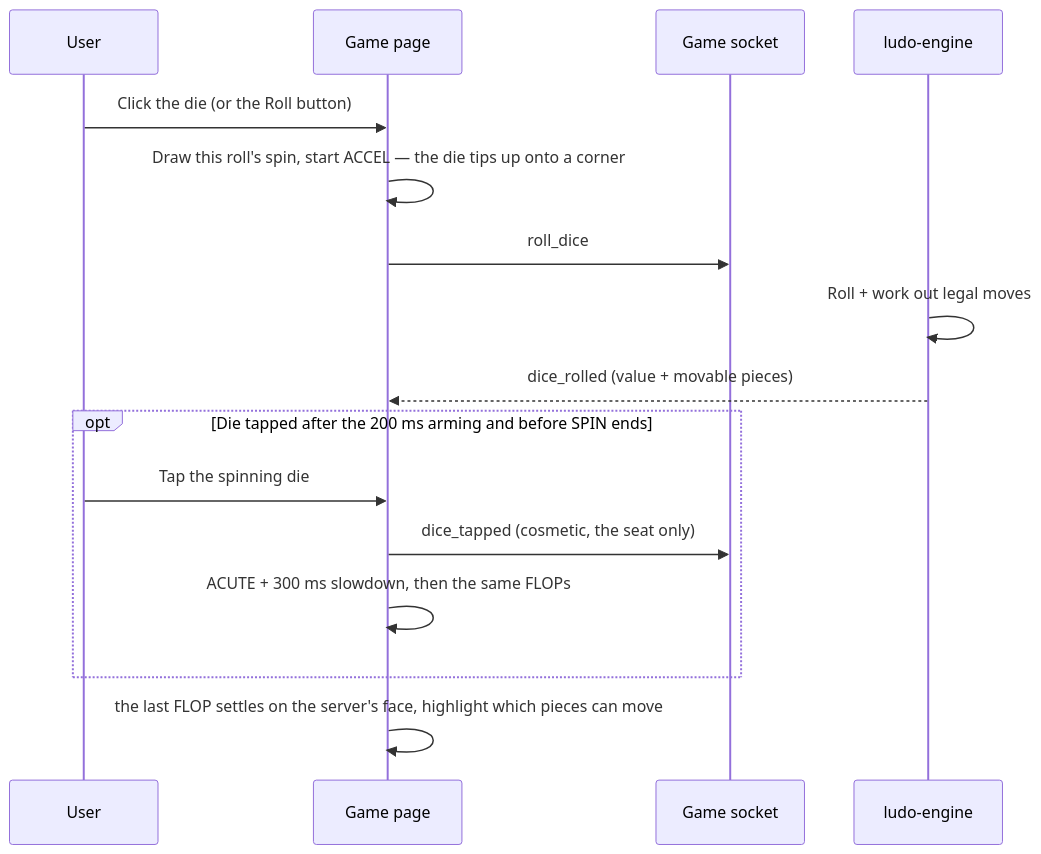
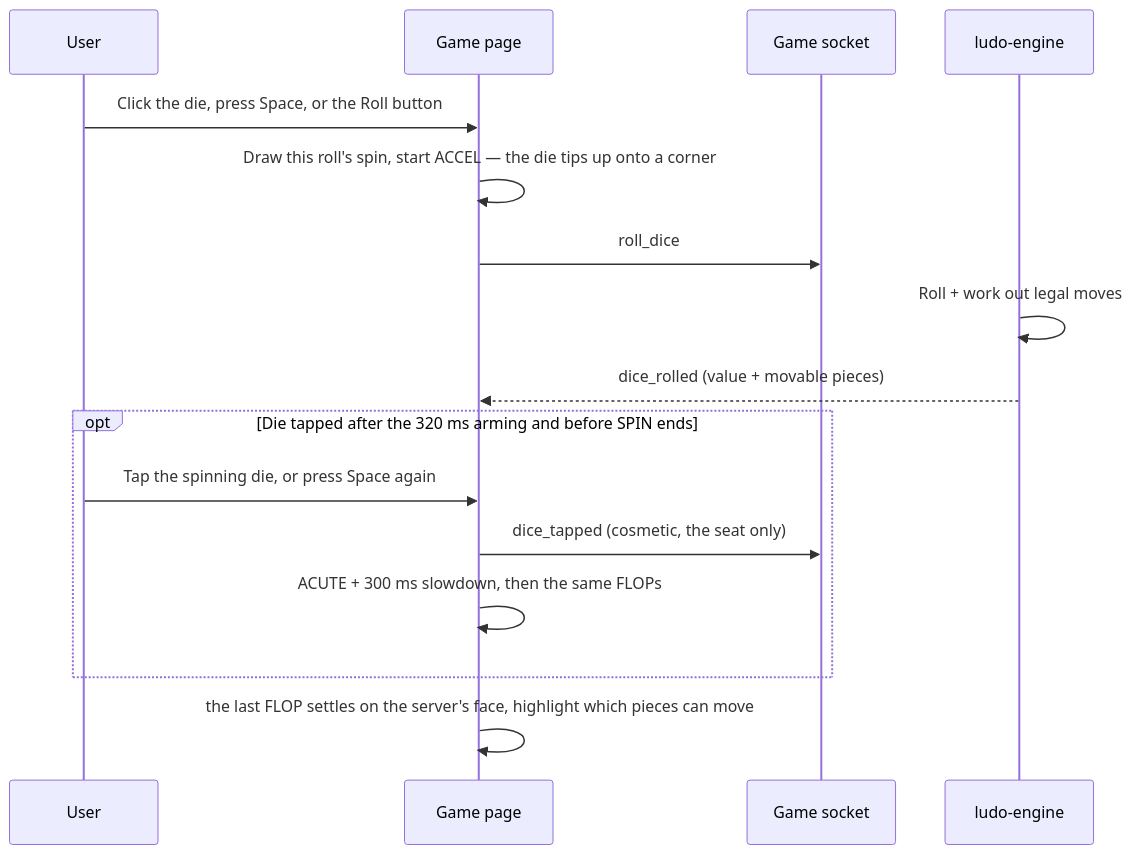
The second of 3 diagrams in docs/frontend/frontend-game-module.md (IrmaJoKerr/ft_transcendence-ludo), drawn with Mermaid before and after one commit. The commit also changed other lines of this file and 111 other files, not shown here.

````diff
--- a/docs/frontend/frontend-game-module.md
+++ b/docs/frontend/frontend-game-module.md
@@ -164,19 +170,19 @@
 ```mermaid
 sequenceDiagram
     participant User
     participant Game as Game page
     participant Socket as Game socket
     participant Engine as ludo-engine
 
-    User->>Game: Click the die (or the Roll button)
+    User->>Game: Click the die, press Space, or the Roll button
     Game->>Game: Draw this roll's spin, start ACCEL — the die tips up onto a corner
     Game->>Socket: roll_dice
     Engine->>Engine: Roll + work out legal moves
     Engine-->>Game: dice_rolled (value + movable pieces)
-    opt Die tapped after the 200 ms arming and before SPIN ends
-        User->>Game: Tap the spinning die
+    opt Die tapped after the 320 ms arming and before SPIN ends
+        User->>Game: Tap the spinning die, or press Space again
         Game->>Socket: dice_tapped (cosmetic, the seat only)
         Game->>Game: ACUTE + 300 ms slowdown, then the same FLOPs
     end
     Game->>Game: the last FLOP settles on the server's face, highlight which pieces can move
 ```
````
